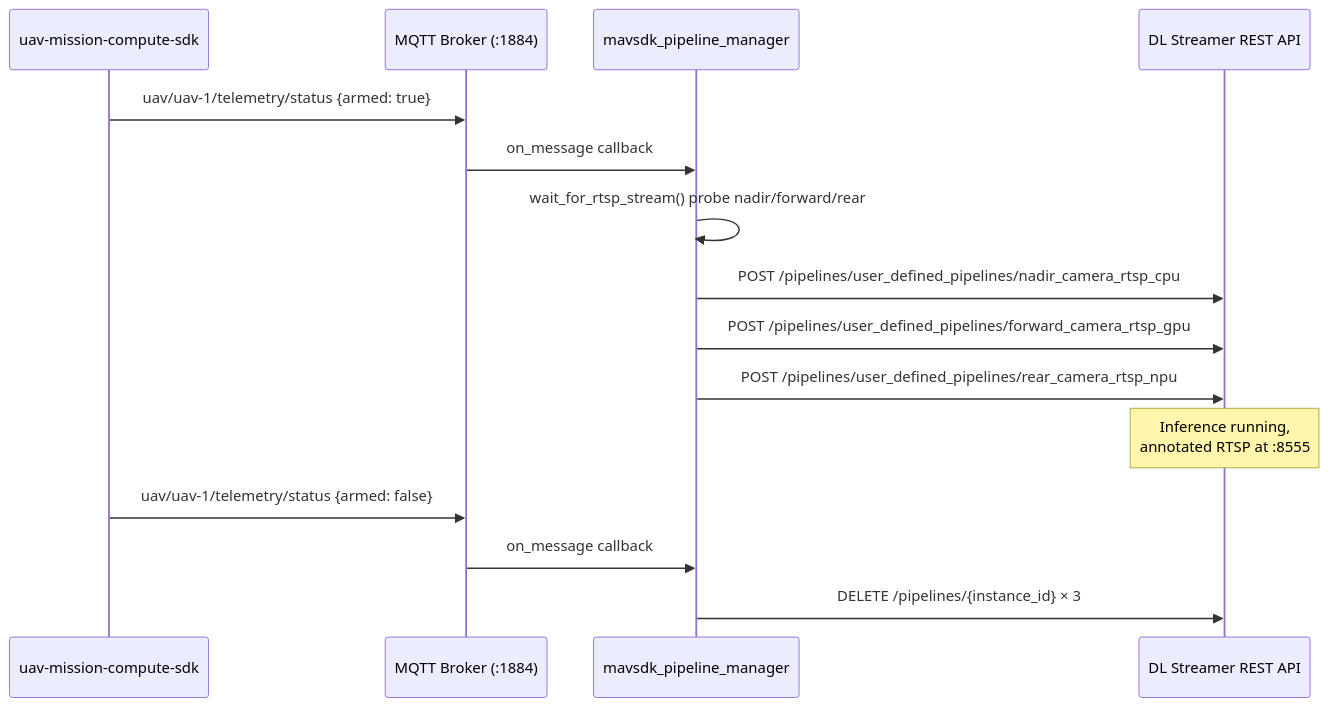
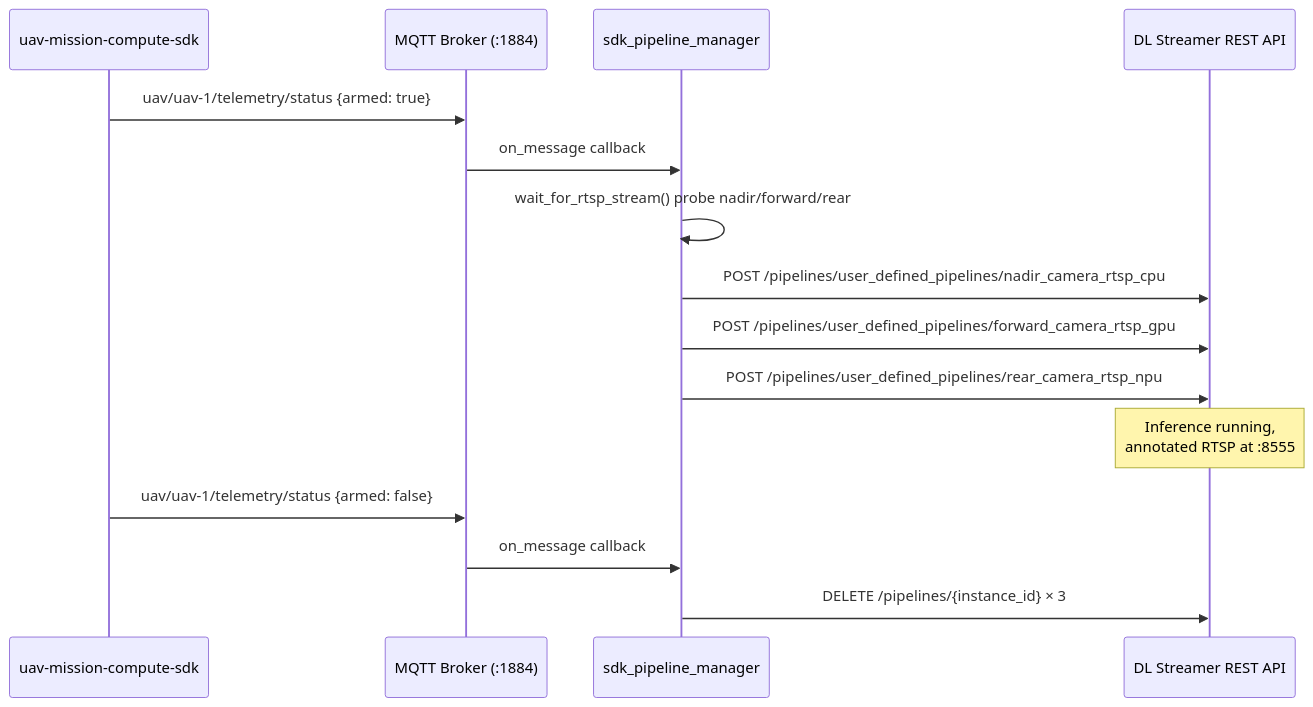
Before and after one commit to open-edge-platform/edge-ai-suites: the fourth of 4 diagrams in federal-aerospace/docs/uav-vision-analytics/overview.md, drawn with Mermaid. The commit also changed other lines of this file and 20 other files, not shown here.

````diff
--- a/federal-aerospace/docs/uav-vision-analytics/overview.md
+++ b/federal-aerospace/docs/uav-vision-analytics/overview.md
@@ -140,18 +96,18 @@
 ```mermaid
 sequenceDiagram
     participant SDK as uav-mission-compute-sdk
     participant BROKER as MQTT Broker (:1884)
-    participant PM as mavsdk_pipeline_manager
+    participant PM as sdk_pipeline_manager
     participant DLSPS as DL Streamer REST API
 
     SDK->>BROKER: uav/uav-1/telemetry/status {armed: true}
     BROKER->>PM: on_message callback
     PM->>PM: wait_for_rtsp_stream() probe nadir/forward/rear
     PM->>DLSPS: POST /pipelines/user_defined_pipelines/nadir_camera_rtsp_cpu
     PM->>DLSPS: POST /pipelines/user_defined_pipelines/forward_camera_rtsp_gpu
     PM->>DLSPS: POST /pipelines/user_defined_pipelines/rear_camera_rtsp_npu
     Note over DLSPS: Inference running,<br/>annotated RTSP at :8555
     SDK->>BROKER: uav/uav-1/telemetry/status {armed: false}
     BROKER->>PM: on_message callback
     PM->>DLSPS: DELETE /pipelines/{instance_id} × 3
 ```
````
